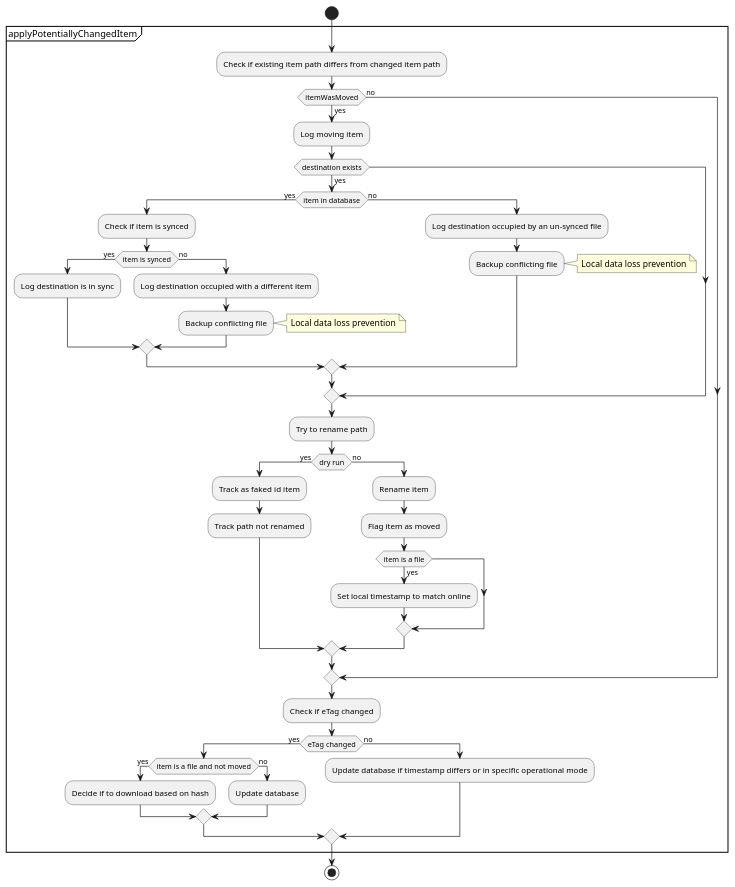
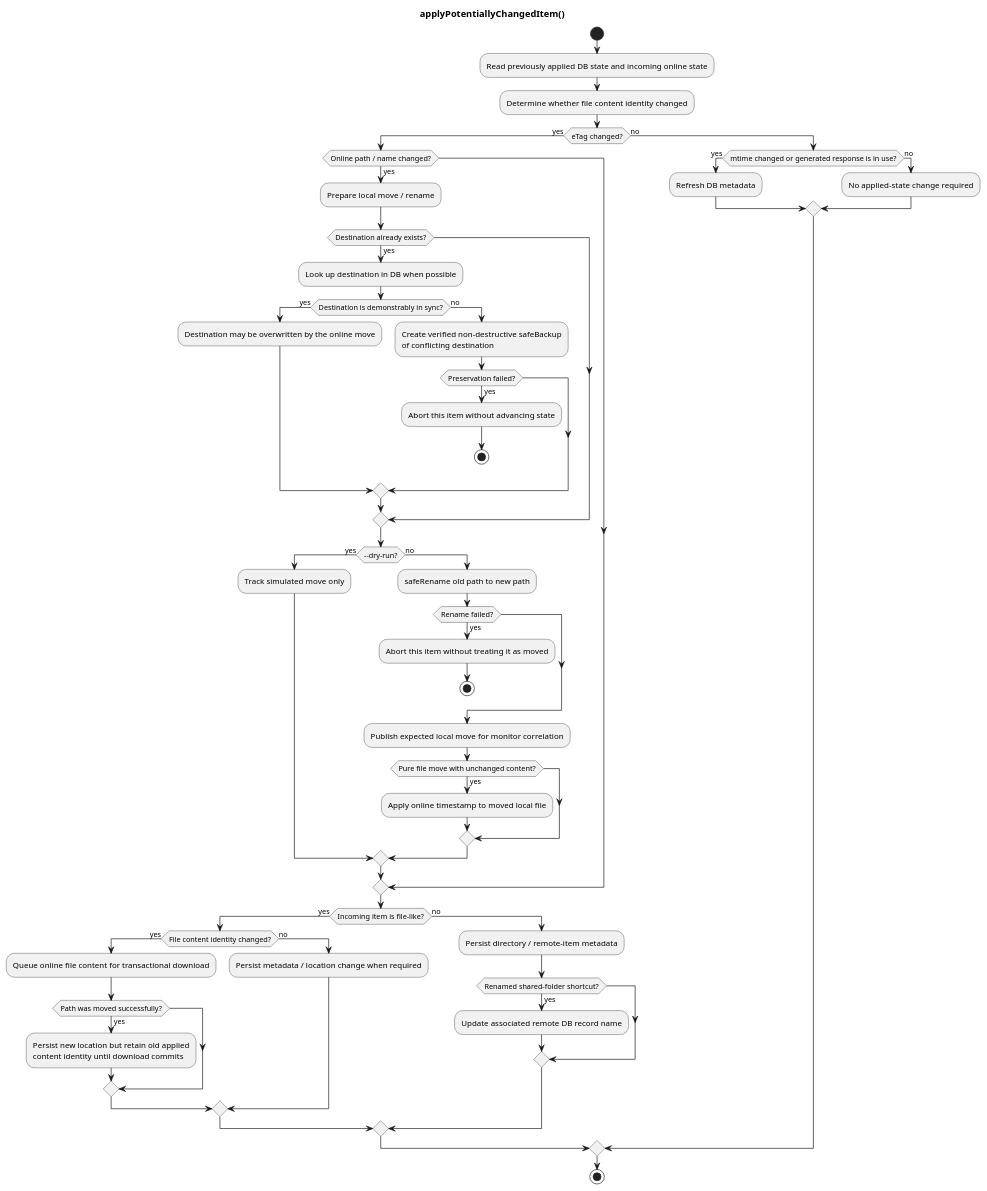
Before and after one commit to abraunegg/onedrive: the diagram in docs/puml/applyPotentiallyChangedItem.puml, drawn with PlantUML. The commit also changed 45 other files, not shown here.

First line of the commit message:
Update architecture documentation

```diff
--- a/docs/puml/applyPotentiallyChangedItem.puml
+++ b/docs/puml/applyPotentiallyChangedItem.puml
@@ -1,48 +1,63 @@
 @startuml
+title applyPotentiallyChangedItem()
 start
-partition "applyPotentiallyChangedItem" {
-  :Check if existing item path differs from changed item path;
-  if (itemWasMoved) then (yes)
-    :Log moving item;
-    if (destination exists) then (yes)
-      if (item in database) then (yes)
-        :Check if item is synced;
-        if (item is synced) then (yes)
-          :Log destination is in sync;
-        else (no)
-          :Log destination occupied with a different item;
-          :Backup conflicting file;
-          note right: Local data loss prevention
+
+:Read previously applied DB state and incoming online state;
+:Determine whether file content identity changed;
+
+if (eTag changed?) then (yes)
+  if (Online path / name changed?) then (yes)
+    :Prepare local move / rename;
+    if (Destination already exists?) then (yes)
+      :Look up destination in DB when possible;
+      if (Destination is demonstrably in sync?) then (yes)
+        :Destination may be overwritten by the online move;
+      else (no)
+        :Create verified non-destructive safeBackup\nof conflicting destination;
+        if (Preservation failed?) then (yes)
+          :Abort this item without advancing state;
+          stop
         endif
-      else (no)
-        :Log destination occupied by an un-synced file;
-        :Backup conflicting file;
-        note right: Local data loss prevention
       endif
     endif
-    :Try to rename path;
-    if (dry run) then (yes)
-      :Track as faked id item;
-      :Track path not renamed;
+
+    if (~--dry-run?) then (yes)
+      :Track simulated move only;
     else (no)
-      :Rename item;
-      :Flag item as moved;
-      if (item is a file) then (yes)
-        :Set local timestamp to match online;
+      :safeRename old path to new path;
+      if (Rename failed?) then (yes)
+        :Abort this item without treating it as moved;
+        stop
+      endif
+      :Publish expected local move for monitor correlation;
+      if (Pure file move with unchanged content?) then (yes)
+        :Apply online timestamp to moved local file;
       endif
     endif
-  else (no)
   endif
-  :Check if eTag changed;
-  if (eTag changed) then (yes)
-    if (item is a file and not moved) then (yes)
-      :Decide if to download based on hash;
+
+  if (Incoming item is file-like?) then (yes)
+    if (File content identity changed?) then (yes)
+      :Queue online file content for transactional download;
+      if (Path was moved successfully?) then (yes)
+        :Persist new location but retain old applied\ncontent identity until download commits;
+      endif
     else (no)
-      :Update database;
+      :Persist metadata / location change when required;
     endif
   else (no)
-    :Update database if timestamp differs or in specific operational mode;
+    :Persist directory / remote-item metadata;
+    if (Renamed shared-folder shortcut?) then (yes)
+      :Update associated remote DB record name;
+    endif
   endif
-}
+else (no)
+  if (mtime changed or generated response is in use?) then (yes)
+    :Refresh DB metadata;
+  else (no)
+    :No applied-state change required;
+  endif
+endif
+
 stop
 @enduml
```
